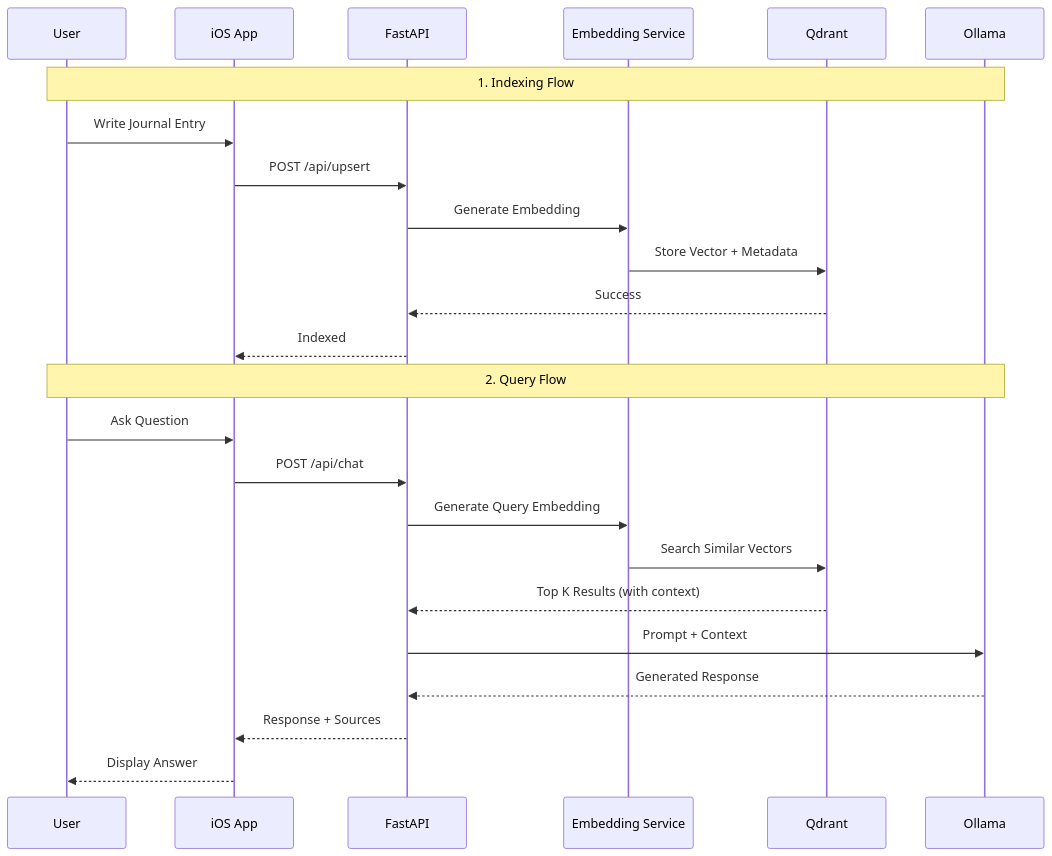
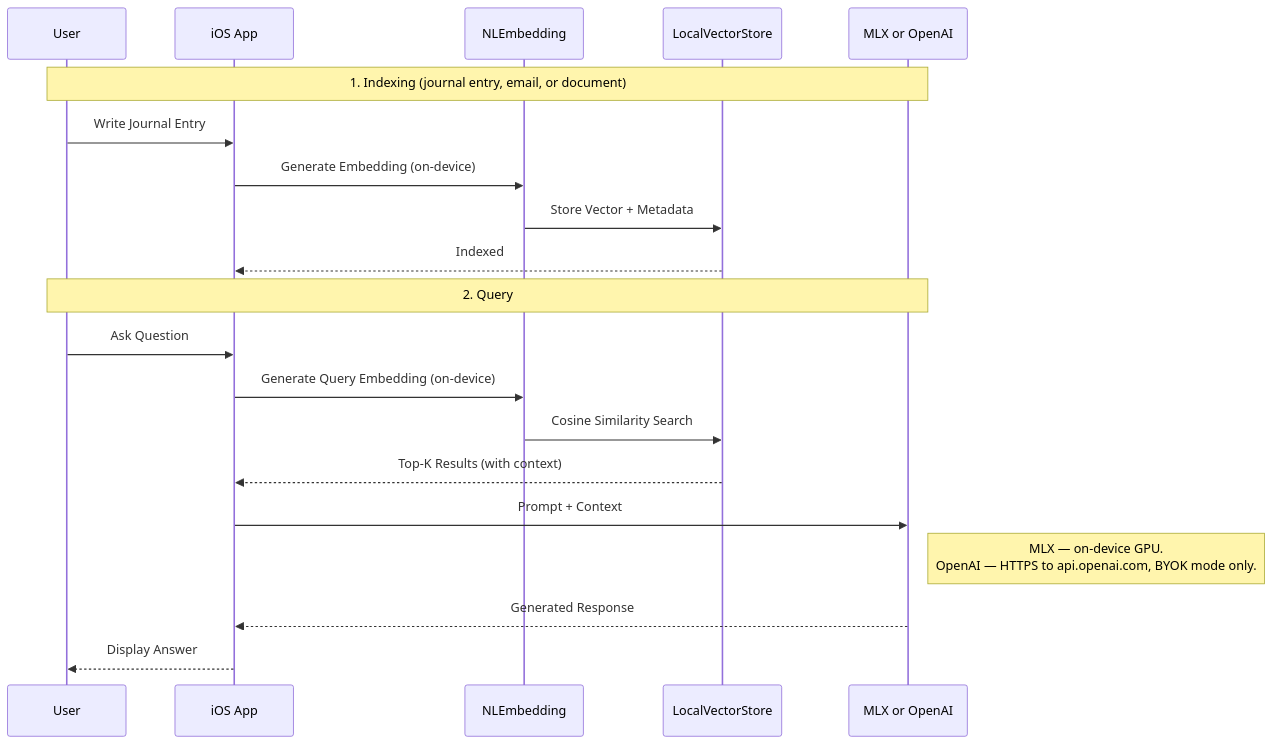
The second of 3 diagrams in README.md (senthil-sekar/MindVault), drawn with Mermaid before and after one commit. The commit also changed other lines of this file and 4 other files, not shown here.

````diff
--- a/README.md
+++ b/README.md
@@ -188,28 +139,24 @@
 ```mermaid
 sequenceDiagram
     participant User
     participant iOS as iOS App
-    participant API as FastAPI
-    participant Embed as Embedding Service
-    participant VectorDB as Qdrant
-    participant LLM as Ollama
-    
-    Note over User,LLM: 1. Indexing Flow
+    participant Embed as NLEmbedding
+    participant Store as LocalVectorStore
+    participant Gen as MLX or OpenAI
+
+    Note over User,Gen: 1. Indexing (journal entry, email, or document)
     User->>iOS: Write Journal Entry
-    iOS->>API: POST /api/upsert
-    API->>Embed: Generate Embedding
-    Embed->>VectorDB: Store Vector + Metadata
-    VectorDB-->>API: Success
-    API-->>iOS: Indexed
-    
-    Note over User,LLM: 2. Query Flow
+    iOS->>Embed: Generate Embedding (on-device)
+    Embed->>Store: Store Vector + Metadata
+    Store-->>iOS: Indexed
+
+    Note over User,Gen: 2. Query
     User->>iOS: Ask Question
-    iOS->>API: POST /api/chat
-    API->>Embed: Generate Query Embedding
-    Embed->>VectorDB: Search Similar Vectors
-    VectorDB-->>API: Top K Results (with context)
-    API->>LLM: Prompt + Context
-    LLM-->>API: Generated Response
-    API-->>iOS: Response + Sources
+    iOS->>Embed: Generate Query Embedding (on-device)
+    Embed->>Store: Cosine Similarity Search
+    Store-->>iOS: Top-K Results (with context)
+    iOS->>Gen: Prompt + Context
+    Note right of Gen: MLX — on-device GPU.<br/>OpenAI — HTTPS to api.openai.com, BYOK mode only.
+    Gen-->>iOS: Generated Response
     iOS-->>User: Display Answer
 ```
````
